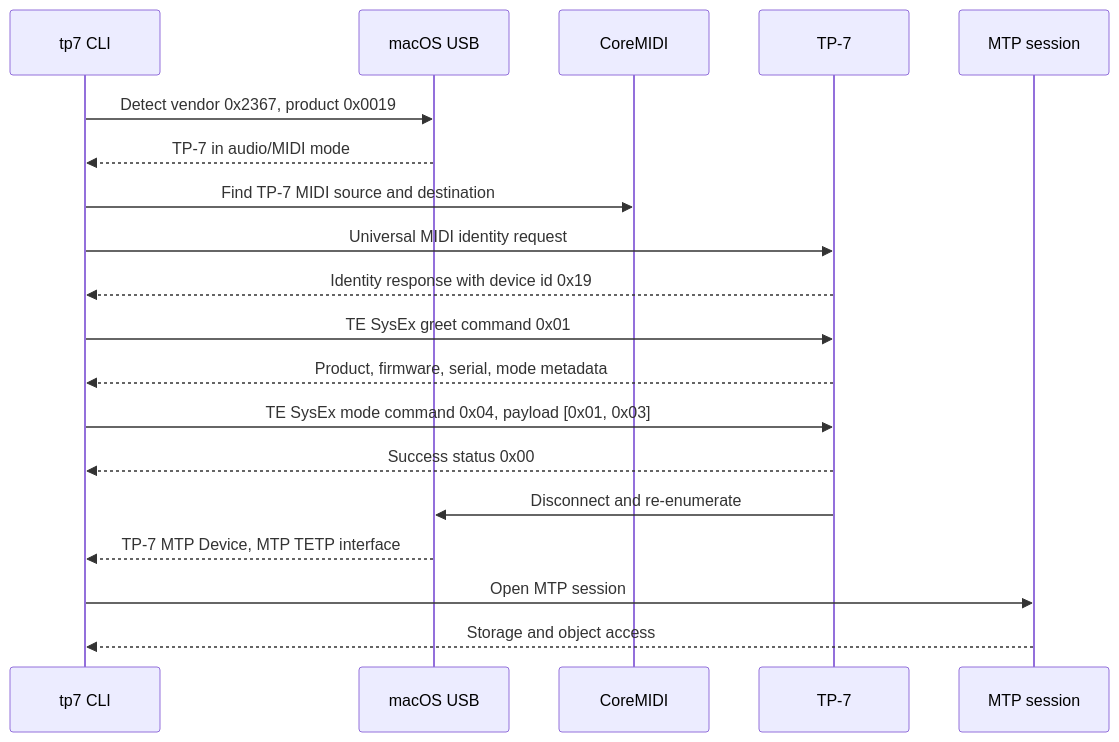
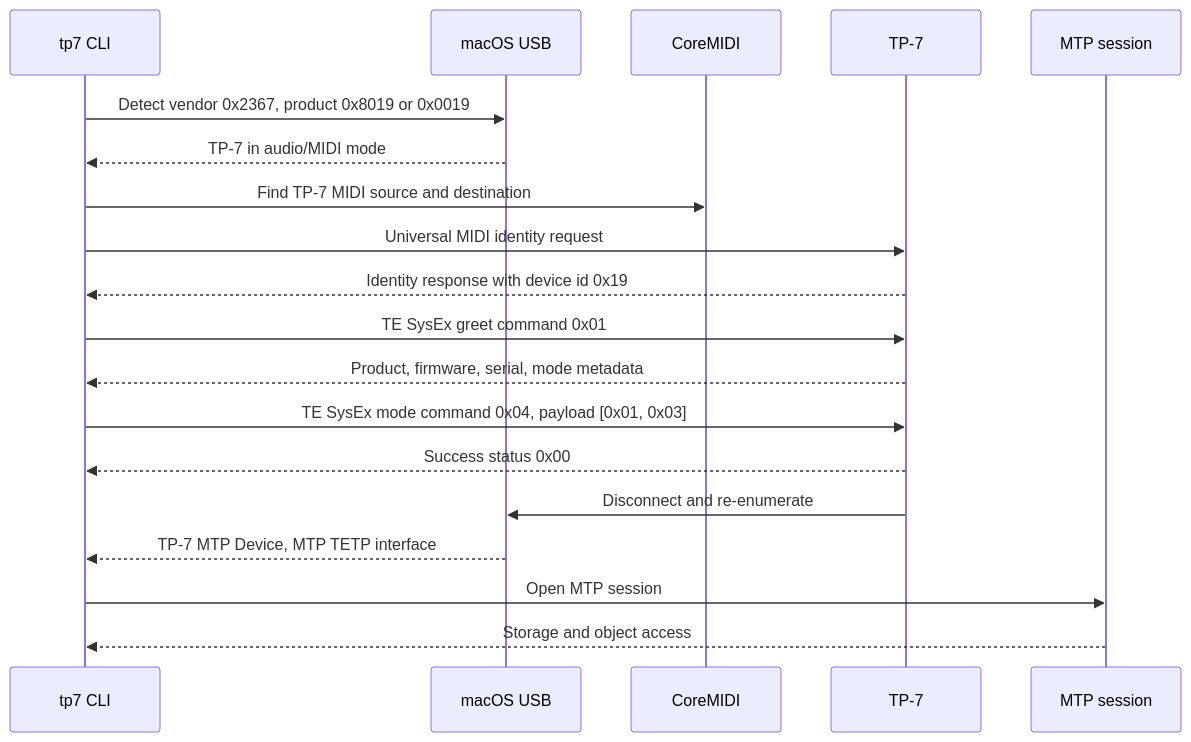
Before and after one commit to worm-emoji/tp7: the first of 3 diagrams in docs/tp7-handshake.md, drawn with Mermaid. The commit also changed other lines of this file and 59 other files, not shown here.

````diff
--- a/docs/tp7-handshake.md
+++ b/docs/tp7-handshake.md
@@ -23,22 +24,22 @@
 ```mermaid
 sequenceDiagram
     participant CLI as tp7 CLI
     participant USB as macOS USB
     participant MIDI as CoreMIDI
     participant TP7 as TP-7
     participant MTP as MTP session
 
-    CLI->>USB: Detect vendor 0x2367, product 0x0019
+    CLI->>USB: Detect vendor 0x2367, product 0x8019 or 0x0019
     USB-->>CLI: TP-7 in audio/MIDI mode
     CLI->>MIDI: Find TP-7 MIDI source and destination
     CLI->>TP7: Universal MIDI identity request
     TP7-->>CLI: Identity response with device id 0x19
     CLI->>TP7: TE SysEx greet command 0x01
     TP7-->>CLI: Product, firmware, serial, mode metadata
     CLI->>TP7: TE SysEx mode command 0x04, payload [0x01, 0x03]
     TP7-->>CLI: Success status 0x00
     TP7->>USB: Disconnect and re-enumerate
     USB-->>CLI: TP-7 MTP Device, MTP TETP interface
     CLI->>MTP: Open MTP session
     MTP-->>CLI: Storage and object access
 ```
````
